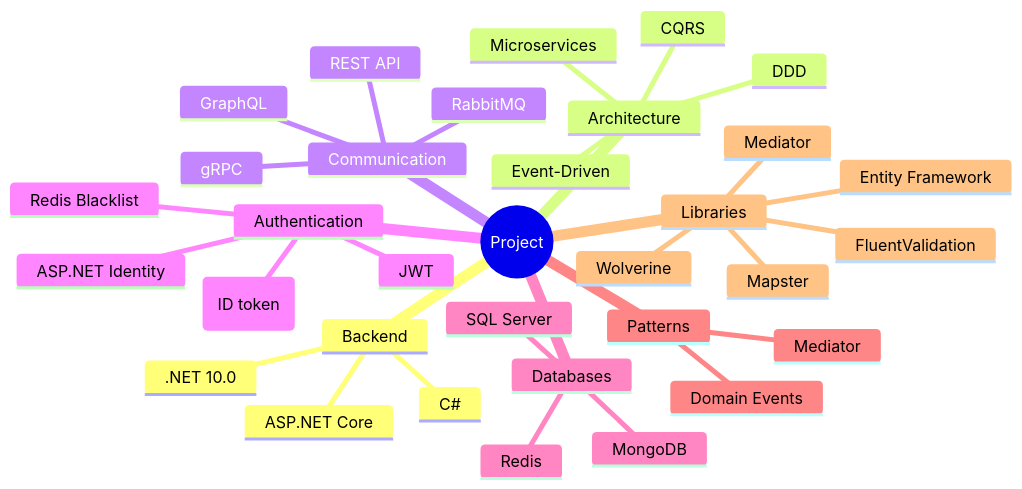
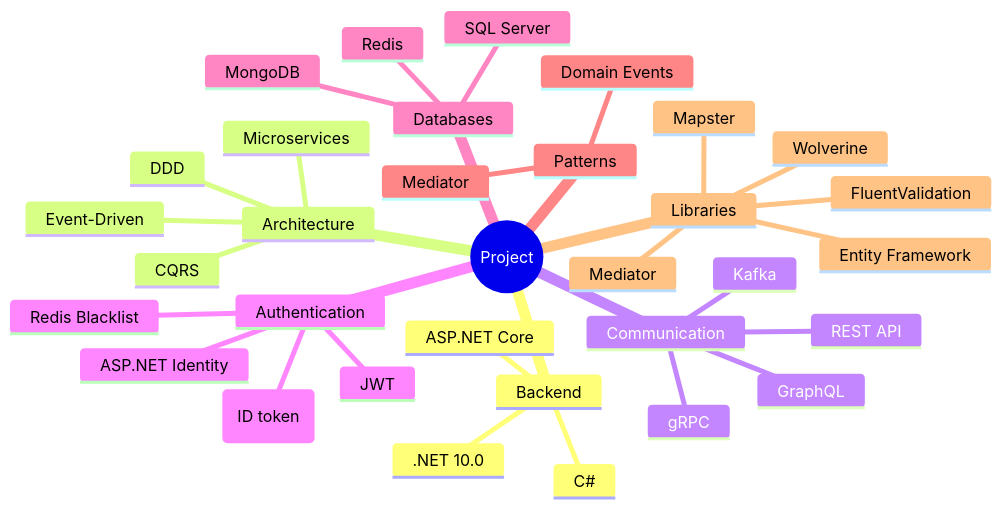
Before and after one commit to gndev-vn/DDDSample: the ninth of 10 diagrams in docs/architecture.md, drawn with Mermaid. The commit also changed other lines of this file and 176 other files, not shown here.

````diff
--- a/docs/architecture.md
+++ b/docs/architecture.md
@@ -477,36 +477,36 @@
 ```mermaid
 mindmap
   root((Project))
     Backend
       .NET 10.0
       ASP.NET Core
       C#
     Architecture
       Microservices
       CQRS
       DDD
       Event-Driven
     Communication
       REST API
       gRPC
       GraphQL
-      RabbitMQ
+      Kafka
     Authentication
       JWT
       ASP.NET Identity
       Redis Blacklist
       Google OAuth (ID token)
     Databases
       SQL Server
       MongoDB
       Redis
     Patterns
       Mediator
       Domain Events
     Libraries
       Mediator
       FluentValidation
       Wolverine
       Mapster
       Entity Framework
 ```
````
